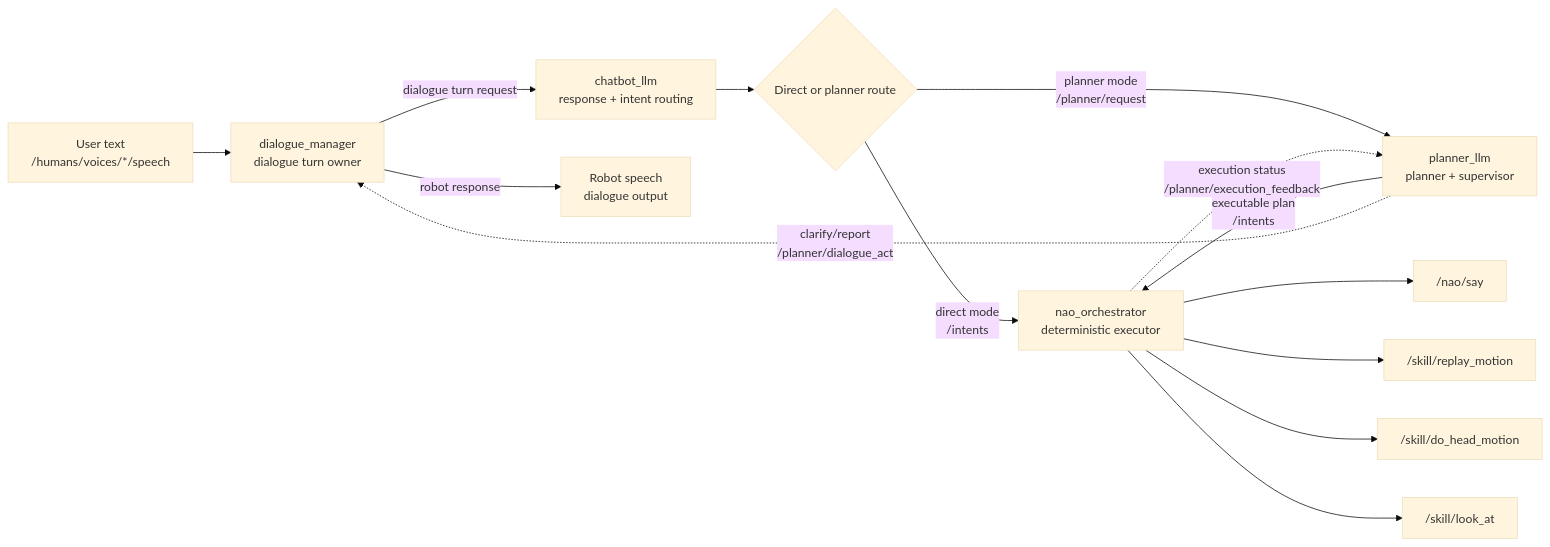
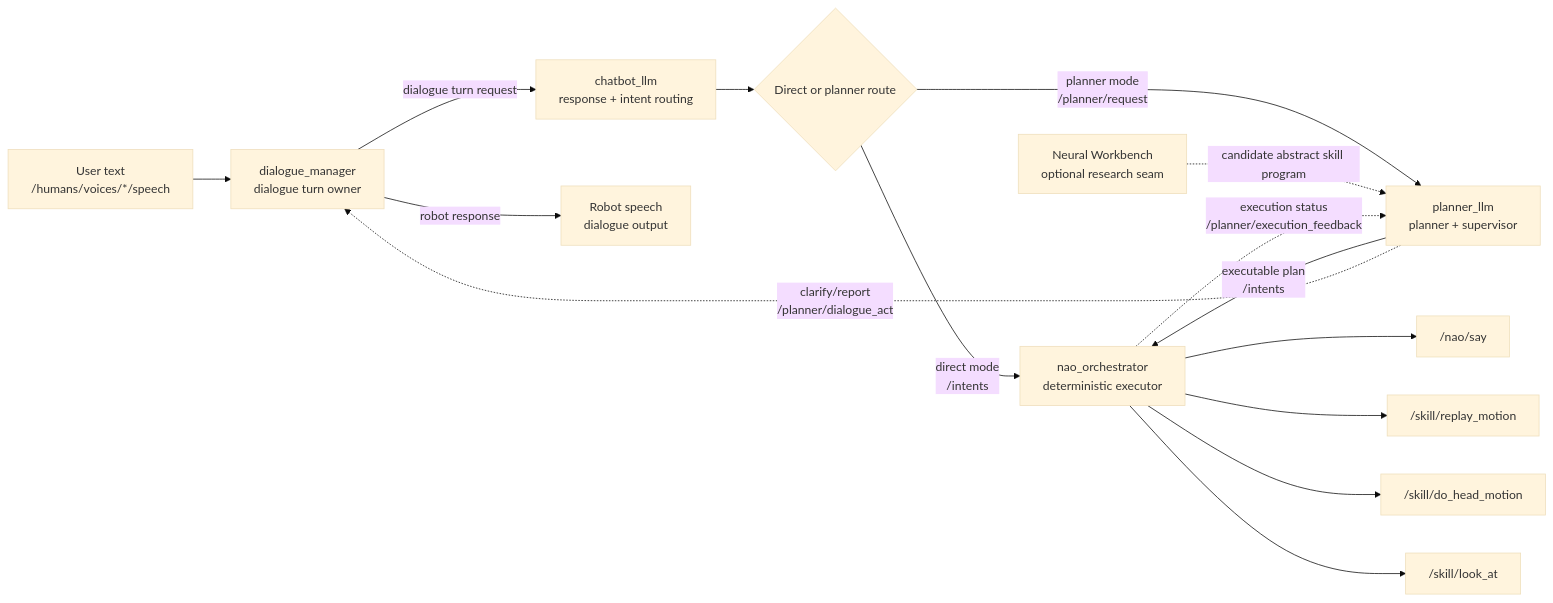
Before and after one commit to ieverythng/nao-ros4hri-bridge: the first of 3 diagrams in docs/current_workflow.md, drawn with Mermaid (base theme). The commit also changed other lines of this file and 8 other files, not shown here.

````diff
--- a/docs/current_workflow.md
+++ b/docs/current_workflow.md
@@ -23,19 +24,20 @@
 ```mermaid
 flowchart LR
     user["User text<br/>/humans/voices/*/speech"] --> dm["dialogue_manager<br/>dialogue turn owner"]
     dm -->|dialogue turn request| chatbot["chatbot_llm<br/>response + intent routing"]
     chatbot --> route{"Direct or planner route"}
 
     route -->|direct mode<br/>/intents| orch["nao_orchestrator<br/>deterministic executor"]
     route -->|planner mode<br/>/planner/request| planner["planner_llm<br/>planner + supervisor"]
 
+    workbench["Neural Workbench<br/>optional research seam"] -.->|candidate abstract skill program| planner
     planner -->|executable plan<br/>/intents| orch
     orch -.->|execution status<br/>/planner/execution_feedback| planner
     planner -.->|clarify/report<br/>/planner/dialogue_act| dm
 
     dm -->|robot response| speech_out["Robot speech<br/>dialogue output"]
     orch --> say["/nao/say"]
     orch --> replay["/skill/replay_motion"]
     orch --> head["/skill/do_head_motion"]
     orch --> look["/skill/look_at"]
 ```
````
